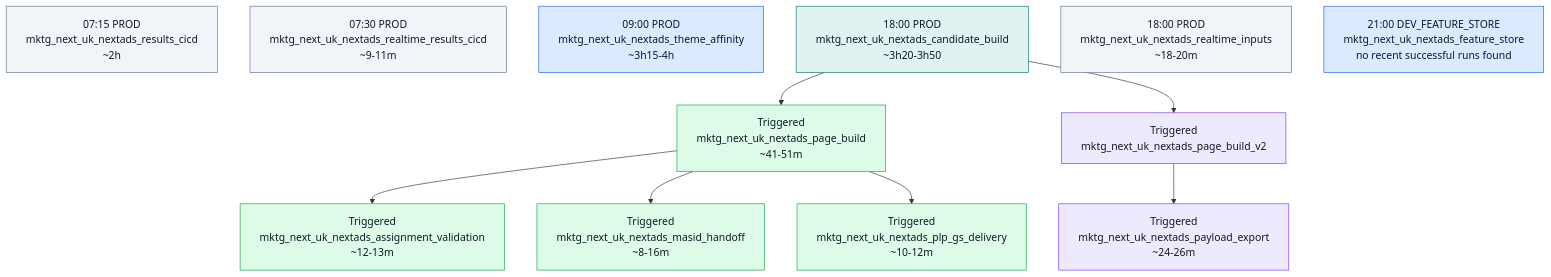
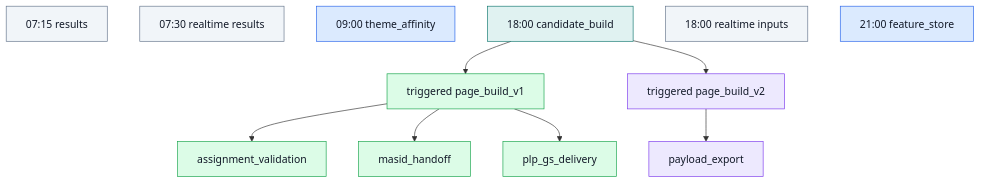
The first of 8 diagrams in docs/CICD/nextads_databricks_runtime_map.md (swblain-glyndwr/personal_project), drawn with Mermaid before and after one commit. The commit also changed other lines of this file and 1 other file, not shown here.

````diff
--- a/docs/CICD/nextads_databricks_runtime_map.md
+++ b/docs/CICD/nextads_databricks_runtime_map.md
@@ -19,28 +19,28 @@
 ```mermaid
 flowchart TD
   classDef sharedModel fill:#dbeafe,stroke:#2563eb,color:#111827
   classDef sharedTask fill:#e0f2f1,stroke:#0f766e,color:#111827
   classDef v1 fill:#dcfce7,stroke:#16a34a,color:#111827
   classDef v2 fill:#ede9fe,stroke:#7c3aed,color:#111827
   classDef reporting fill:#f1f5f9,stroke:#64748b,color:#111827
 
-  results["07:15 PROD\nmktg_next_uk_nextads_results_cicd\n~2h"]:::reporting
-  realtime_results["07:30 PROD\nmktg_next_uk_nextads_realtime_results_cicd\n~9-11m"]:::reporting
-  theme_affinity["09:00 PROD\nmktg_next_uk_nextads_theme_affinity\n~3h15-4h"]:::sharedModel
-  candidate["18:00 PROD\nmktg_next_uk_nextads_candidate_build\n~3h20-3h50"]:::sharedTask
-  realtime_inputs["18:00 PROD\nmktg_next_uk_nextads_realtime_inputs\n~18-20m"]:::reporting
-  page_build["Triggered\nmktg_next_uk_nextads_page_build\n~41-51m"]:::v1
-  page_build_v2["Triggered\nmktg_next_uk_nextads_page_build_v2"]:::v2
-  qa["Triggered\nmktg_next_uk_nextads_assignment_validation\n~12-13m"]:::v1
-  masid["Triggered\nmktg_next_uk_nextads_masid_handoff\n~8-16m"]:::v1
-  payload["Triggered\nmktg_next_uk_nextads_payload_export\n~24-26m"]:::v2
-  plp["Triggered\nmktg_next_uk_nextads_plp_gs_delivery\n~10-12m"]:::v1
-  feature_store["21:00 DEV_FEATURE_STORE\nmktg_next_uk_nextads_feature_store\nno recent successful runs found"]:::sharedModel
+  results["07:15 results"]:::reporting
+  realtime_results["07:30 realtime results"]:::reporting
+  theme_affinity["09:00 theme_affinity"]:::sharedModel
+  candidate["18:00 candidate_build"]:::sharedTask
+  realtime_inputs["18:00 realtime inputs"]:::reporting
+  page_build["triggered page_build_v1"]:::v1
+  page_build_v2["triggered page_build_v2"]:::v2
+  qa["assignment_validation"]:::v1
+  masid["masid_handoff"]:::v1
+  payload["payload_export"]:::v2
+  plp["plp_gs_delivery"]:::v1
+  feature_store["21:00 feature_store"]:::sharedModel
 
   candidate --> page_build
   candidate --> page_build_v2
   page_build --> qa
   page_build --> masid
   page_build --> plp
   page_build_v2 --> payload
 ```
````
